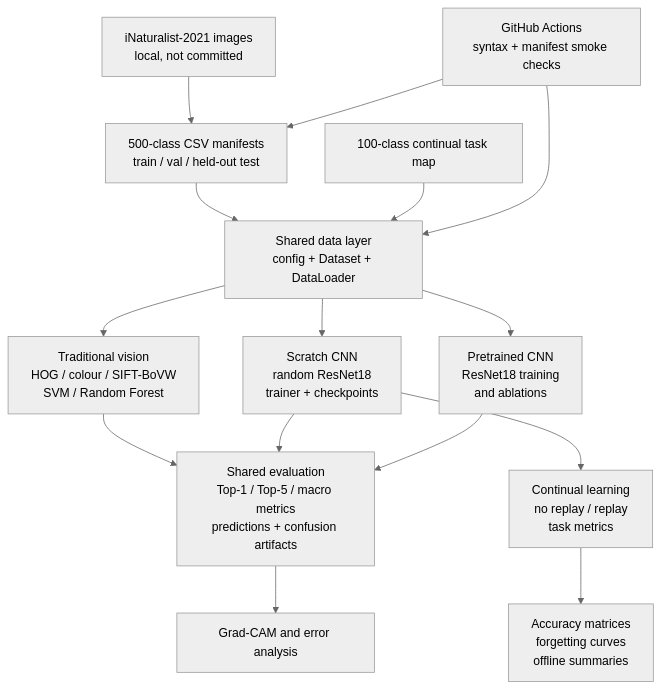
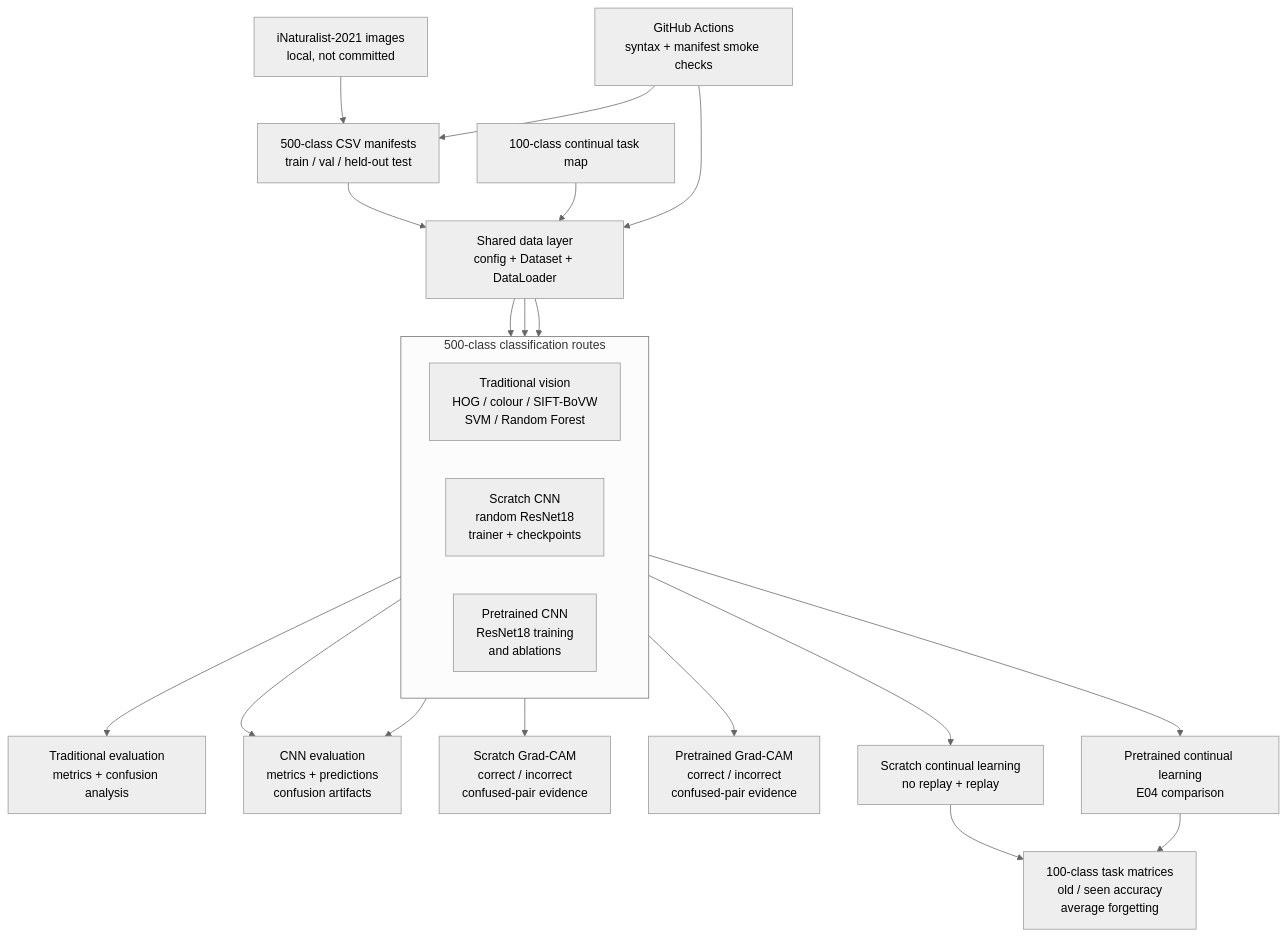
One commit to dilinganye/9517_assignment_MVP_Group changed the diagram in README.md. Above: the diagram before and after it, drawn with Mermaid (neutral theme). The commit also changed other lines of this file, not shown here.

Commit message:
Clarify README architecture

````diff
--- a/README.md
+++ b/README.md
@@ -51,20 +53,32 @@
 ```mermaid
 flowchart TB
     Raw["iNaturalist-2021 images<br/>local, not committed"] --> Manifests["500-class CSV manifests<br/>train / val / held-out test"]
     Manifests --> DataLayer["Shared data layer<br/>config + Dataset + DataLoader"]
     TaskMap["100-class continual task map"] --> DataLayer
 
-    DataLayer --> Traditional["Traditional vision<br/>HOG / colour / SIFT-BoVW<br/>SVM / Random Forest"]
-    DataLayer --> Scratch["Scratch CNN<br/>random ResNet18<br/>trainer + checkpoints"]
-    DataLayer --> Pretrained["Pretrained CNN<br/>ResNet18 training<br/>and ablations"]
-    Scratch --> CL["Continual learning<br/>no replay / replay<br/>task metrics"]
+    subgraph Baselines["500-class classification routes"]
+        direction LR
+        Traditional["Traditional vision<br/>HOG / colour / SIFT-BoVW<br/>SVM / Random Forest"]
+        Scratch["Scratch CNN<br/>random ResNet18<br/>trainer + checkpoints"]
+        Pretrained["Pretrained CNN<br/>ResNet18 training<br/>and ablations"]
+    end
 
-    Traditional --> Evaluation["Shared evaluation<br/>Top-1 / Top-5 / macro metrics<br/>predictions + confusion artifacts"]
-    Scratch --> Evaluation
-    Pretrained --> Evaluation
-    CL --> CLResults["Accuracy matrices<br/>forgetting curves<br/>offline summaries"]
-    Evaluation --> Explainability["Grad-CAM and error analysis"]
+    DataLayer --> Traditional
+    DataLayer --> Scratch
+    DataLayer --> Pretrained
+
+    Traditional --> TraditionalEval["Traditional evaluation<br/>metrics + confusion analysis"]
+    Scratch --> CNNEval["CNN evaluation<br/>metrics + predictions<br/>confusion artifacts"]
+    Pretrained --> CNNEval
+
+    Scratch --> ScratchCAM["Scratch Grad-CAM<br/>correct / incorrect<br/>confused-pair evidence"]
+    Pretrained --> PretrainedCAM["Pretrained Grad-CAM<br/>correct / incorrect<br/>confused-pair evidence"]
+
+    Scratch --> ScratchCL["Scratch continual learning<br/>no replay + replay"]
+    Pretrained --> PretrainedCL["Pretrained continual learning<br/>E04 comparison"]
+    ScratchCL --> CLResults["100-class task matrices<br/>old / seen accuracy<br/>average forgetting"]
+    PretrainedCL --> CLResults
 
     CI["GitHub Actions<br/>syntax + manifest smoke checks"] --> Manifests
     CI --> DataLayer
 ```
````
